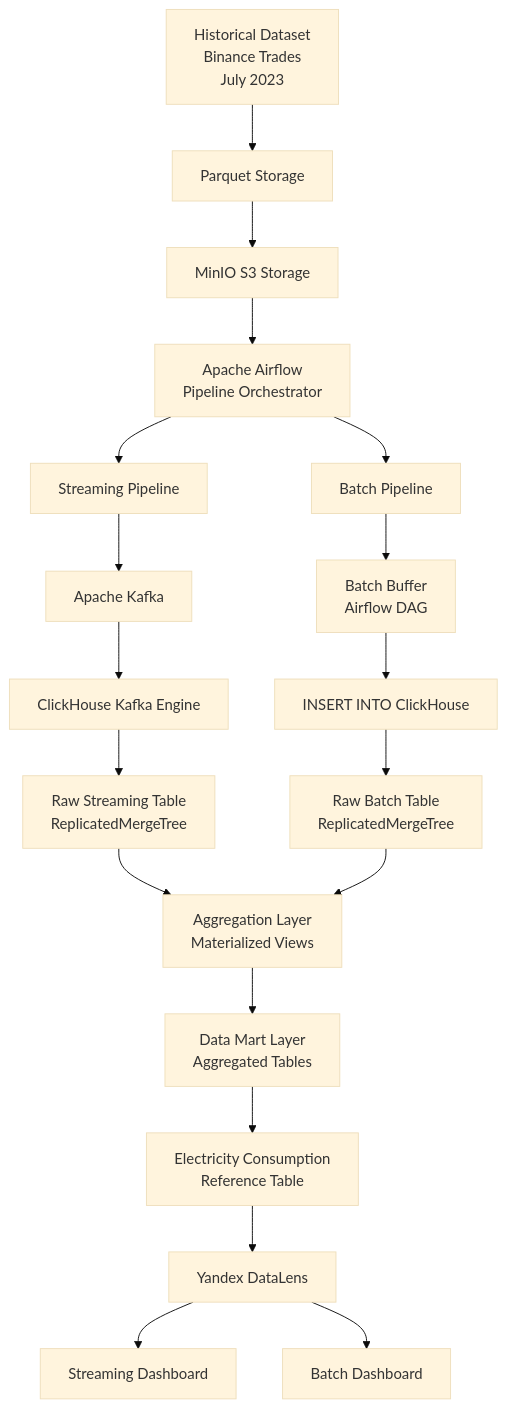
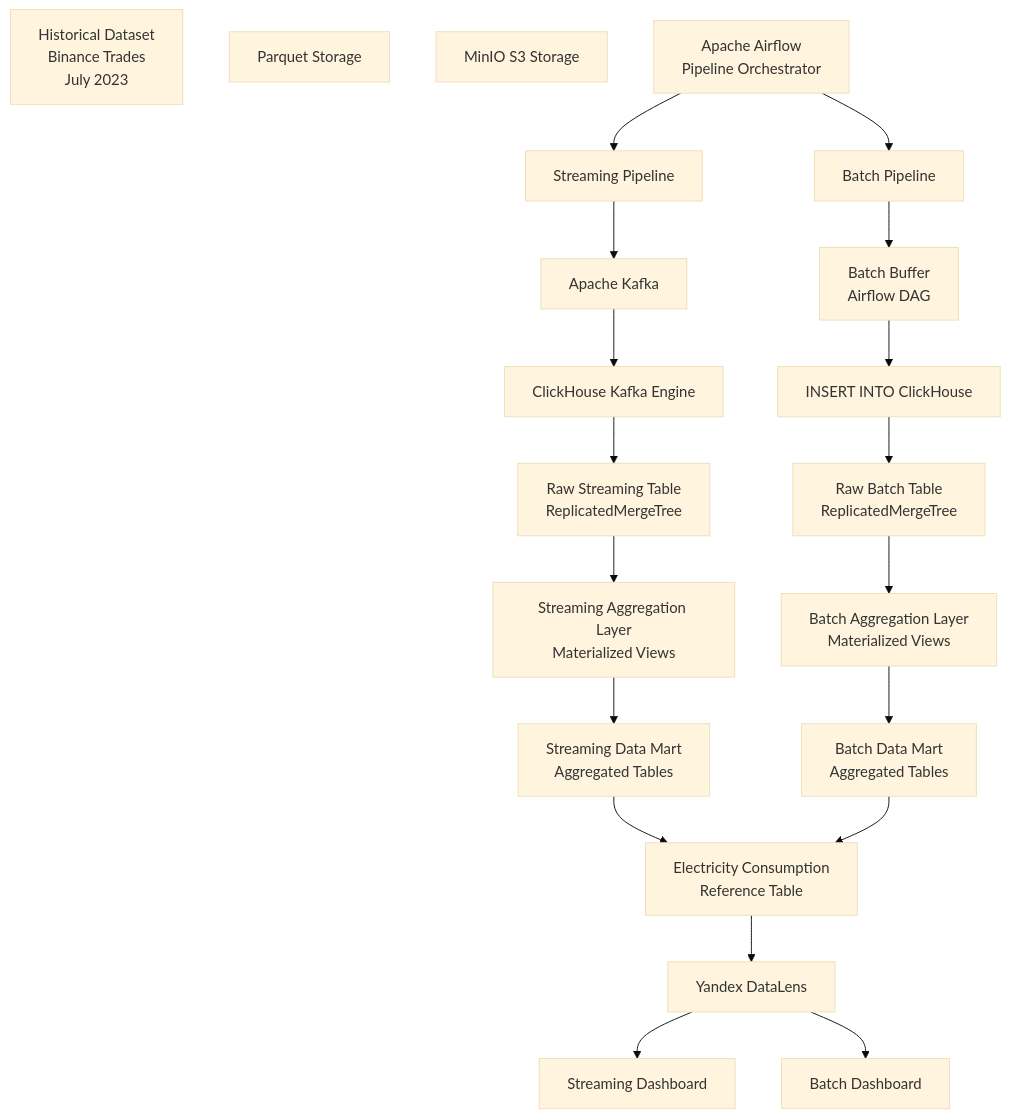
Before and after one commit to realexpert1C/clickhouse-course: the first of 4 diagrams in project_final/README.md, drawn with Mermaid (base theme).

Commit message:
Editing general scheme

````diff
--- a/project_final/README.md
+++ b/project_final/README.md
@@ -111,56 +111,40 @@
 ```mermaid
 flowchart TD
 
 A[Historical Dataset<br>Binance Trades<br>July 2023]
 B[Parquet Storage]
 C[MinIO S3 Storage]
 D[Apache Airflow<br>Pipeline Orchestrator]
 
-E[Streaming Pipeline]
-F[Batch Pipeline]
+%% PIPELINE SPLIT
+D --> E[Streaming Pipeline]
+D --> F[Batch Pipeline]
 
-G[Apache Kafka]
-H[Batch Buffer<br>Airflow DAG]
+%% STREAMING
+E --> G[Apache Kafka]
+G --> I[ClickHouse Kafka Engine]
+I --> K[Raw Streaming Table<br>ReplicatedMergeTree]
+K --> M1[Streaming Aggregation Layer<br>Materialized Views]
+M1 --> N1[Streaming Data Mart<br>Aggregated Tables]
 
-I[ClickHouse Kafka Engine]
-J[INSERT INTO ClickHouse]
+%% BATCH
+F --> H[Batch Buffer<br>Airflow DAG]
+H --> J[INSERT INTO ClickHouse]
+J --> L[Raw Batch Table<br>ReplicatedMergeTree]
+L --> M2[Batch Aggregation Layer<br>Materialized Views]
+M2 --> N2[Batch Data Mart<br>Aggregated Tables]
 
-K[Raw Streaming Table<br>ReplicatedMergeTree]
-L[Raw Batch Table<br>ReplicatedMergeTree]
-
-M[Aggregation Layer<br>Materialized Views]
-N[Data Mart Layer<br>Aggregated Tables]
-
+%% REFERENCE DATA
 O[Electricity Consumption<br>Reference Table]
 
+N1 --> O
+N2 --> O
+
+%% BI
 P[Yandex DataLens]
-
-Q[Streaming Dashboard]
-R[Batch Dashboard]
-
-A --> B
-B --> C
-C --> D
-
-D --> E
-D --> F
-
-E --> G
-G --> I
-I --> K
-
-F --> H
-H --> J
-J --> L
-
-K --> M
-L --> M
-
-M --> N
-N --> O
 
 O --> P
 
-P --> Q
-P --> R
+P --> Q[Streaming Dashboard]
+P --> R[Batch Dashboard]
 ```
````
